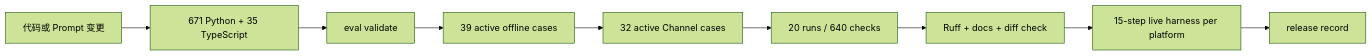
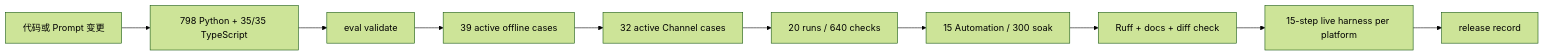
Before and after one commit to NEDONION/lobster0: the diagram in docs/evals/README.md, drawn with Mermaid (forest theme). The commit also changed other lines of this file and 15 other files, not shown here.

````diff
--- a/docs/evals/README.md
+++ b/docs/evals/README.md
@@ -18,11 +18,12 @@
 ```mermaid
 flowchart LR
-    CHANGE["代码或 Prompt 变更"] --> UNIT["671 Python + 35 TypeScript"]
+    CHANGE["代码或 Prompt 变更"] --> UNIT["798 Python + 35/35 TypeScript"]
     UNIT --> VALIDATE["eval validate"]
     VALIDATE --> OFFLINE["39 active offline cases"]
     OFFLINE --> CHANNEL["32 active Channel cases"]
     CHANNEL --> SOAK["20 runs / 640 checks"]
-    SOAK --> RUFF["Ruff + docs + diff check"]
+    SOAK --> AUTO["15 Automation / 300 soak"]
+    AUTO --> RUFF["Ruff + docs + diff check"]
     RUFF --> LIVE["15-step live harness per platform"]
     LIVE --> RECORD["release record"]
 ```
````
